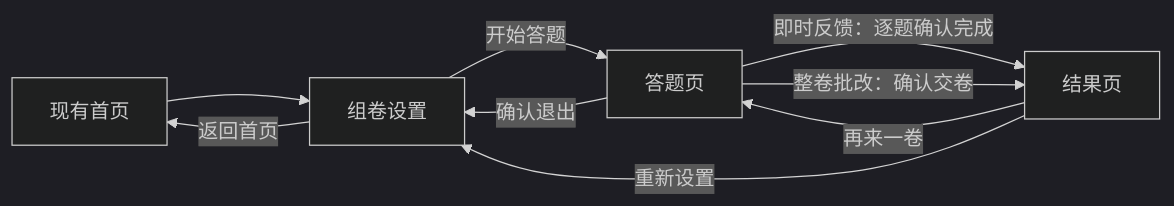
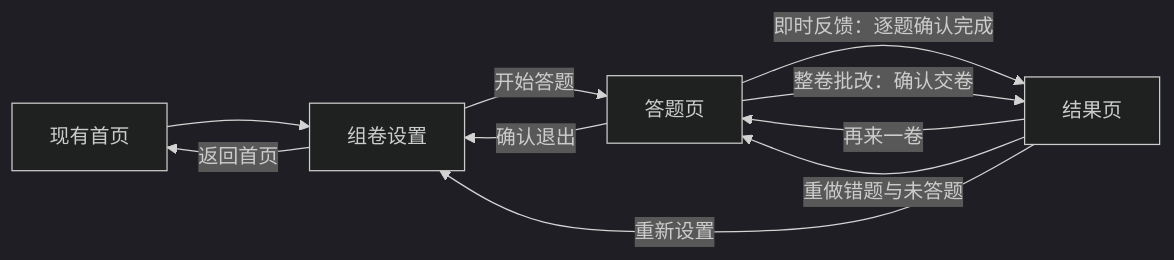
One commit to lichanping/studyEN changed the diagram in docs/PRD-exam-preparation-system-mvp.md. Above: the diagram before and after it, drawn with Mermaid (dark theme). The commit also changed other lines of this file and 6 other files, not shown here.

````diff
--- a/docs/PRD-exam-preparation-system-mvp.md
+++ b/docs/PRD-exam-preparation-system-mvp.md
@@ -159,11 +160,12 @@
 ```mermaid
 flowchart LR
     A[现有首页] --> B[组卷设置]
     B -->|开始答题| C[答题页]
     C -->|即时反馈：逐题确认完成| D[结果页]
     C -->|整卷批改：确认交卷| D
     C -->|确认退出| B
     D -->|再来一卷| C
+    D -->|重做错题与未答题| C
     D -->|重新设置| B
     B -->|返回首页| A
 ```
````
